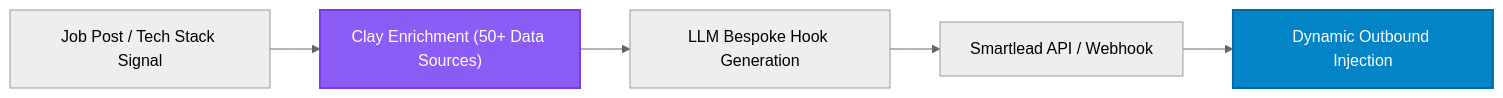
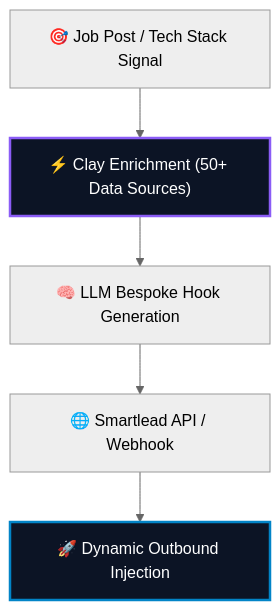
The third of 5 diagrams in site/src/content/blog/smartlead-vs-instantly-2026-b2b-cold-outreach.md (heliatech-media/saas-radar), drawn with Mermaid (neutral theme) before and after one commit. The commit also changed other lines of this file and 97 other files, not shown here.

First line of the commit message:
feat(diagrams): upgrade all article architecture schemas to high-impact 2-tier responsive vector blueprints

````diff
--- a/site/src/content/blog/smartlead-vs-instantly-2026-b2b-cold-outreach.md
+++ b/site/src/content/blog/smartlead-vs-instantly-2026-b2b-cold-outreach.md
@@ -126,9 +126,9 @@
 ```mermaid
-flowchart LR
-    Signal["Job Post / Tech Stack Signal"] --> Clay["Clay Enrichment (50+ Data Sources)"]
-    Clay --> LLM["LLM Bespoke Hook Generation"]
-    LLM --> Webhook["Smartlead API / Webhook"]
-    Webhook --> Sequence["Dynamic Outbound Injection"]
-    style Clay fill:#8b5cf6,stroke:#7c3aed,stroke-width:2px,color:#ffffff
-    style Sequence fill:#0284c7,stroke:#0369a1,stroke-width:2px,color:#ffffff
+flowchart TD
+    Signal["🎯 Job Post / Tech Stack Signal"] --> Clay["⚡ Clay Enrichment (50+ Data Sources)"]
+    Clay --> LLM["🧠 LLM Bespoke Hook Generation"]
+    LLM --> Webhook["🌐 Smartlead API / Webhook"]
+    Webhook --> Sequence["🚀 Dynamic Outbound Injection"]
+    style Clay fill:#0c1425,stroke:#8b5cf6,stroke-width:2.5px,color:#ffffff
+    style Sequence fill:#0c1425,stroke:#0284c7,stroke-width:2.5px,color:#ffffff
 ```
````
